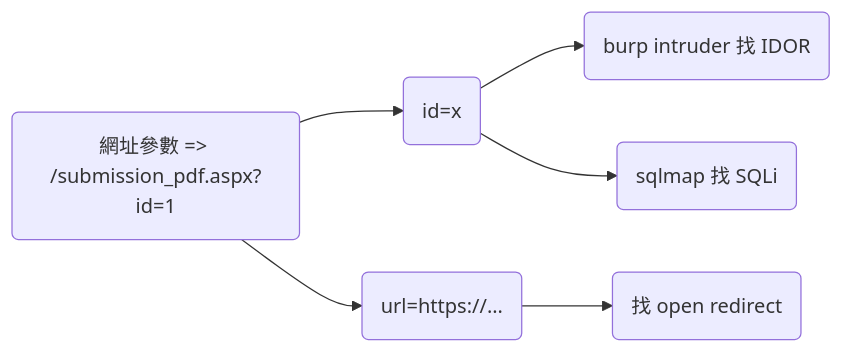
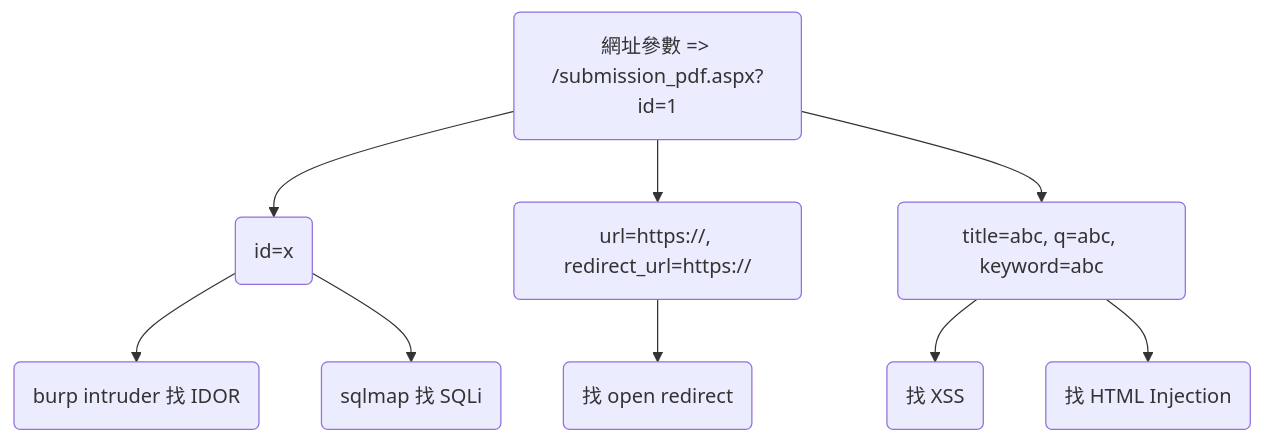
The second of 2 diagrams in 流程圖/白帽流程圖.md (awchjimmy/linux-journey), drawn with Mermaid before and after one commit.

````diff
--- a/流程圖/白帽流程圖.md
+++ b/流程圖/白帽流程圖.md
@@ -13,8 +13,14 @@
 ```mermaid
-flowchart LR
+flowchart TD
     id1(網址參數 => /submission_pdf.aspx?id=1) --> id101("id=x")
+    id1 --> id102("url=https://, redirect_url=https://")
+    id1 --> id103("title=abc, q=abc, keyword=abc")
+    
     id101 --> id10101(burp intruder 找 IDOR)
     id101 --> id10102(sqlmap 找 SQLi)
-    id1 --> id102("url=https://...")
+    
     id102 --> id10201("找 open redirect")
+    
+    id103 --> id10301("找 XSS")
+    id103 --> id10302("找 HTML Injection")
 ```
````
